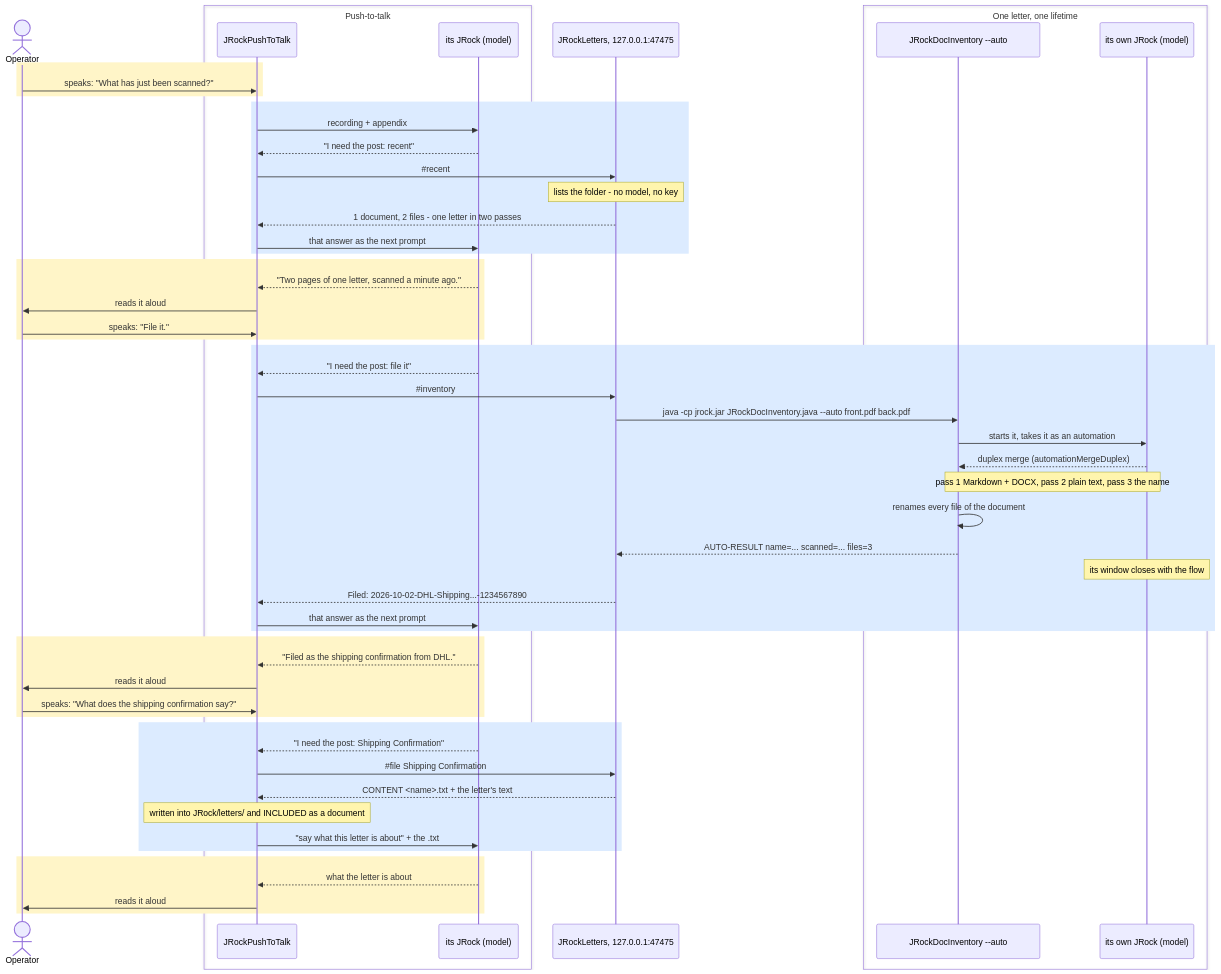
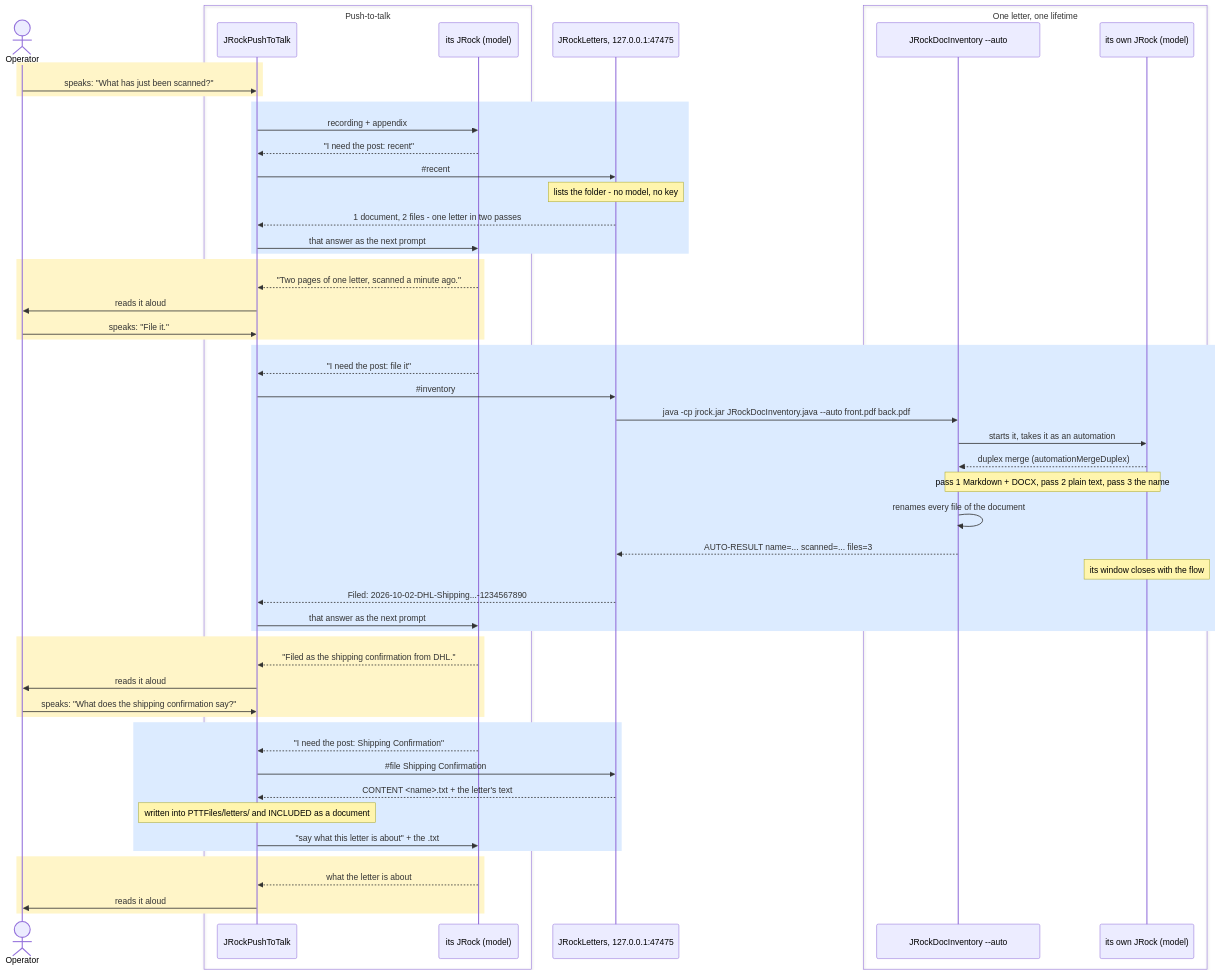
The second of 5 diagrams in README.md (ivan-khvostishkov/jrock), drawn with Mermaid before and after one commit. The commit also changed other lines of this file and 1 other file, not shown here.

First line of the commit message:
Push-to-talk writes into PTTFiles, so one folder can be synchronised

````diff
--- a/README.md
+++ b/README.md
@@ -2509,59 +2516,59 @@
 ```mermaid
 sequenceDiagram
     actor Op as Operator
     box Push-to-talk
         participant PTT as JRockPushToTalk
         participant PM as its JRock (model)
     end
     participant Let as JRockLetters, 127.0.0.1:47475
     box One letter, one lifetime
         participant Flow as JRockDocInventory #45;#45;auto
         participant FM as its own JRock (model)
     end
 
     rect rgb(255, 245, 200)
         Op->>PTT: speaks: "What has just been scanned?"
     end
     rect rgb(220, 235, 255)
         PTT->>PM: recording + appendix
         PM-->>PTT: "I need the post: recent"
         PTT->>Let: #35;recent
         Note over Let: lists the folder - no model, no key
         Let-->>PTT: 1 document, 2 files - one letter in two passes
         PTT->>PM: that answer as the next prompt
     end
     rect rgb(255, 245, 200)
         PM-->>PTT: "Two pages of one letter, scanned a minute ago."
         PTT->>Op: reads it aloud
         Op->>PTT: speaks: "File it."
     end
     rect rgb(220, 235, 255)
         PM-->>PTT: "I need the post: file it"
         PTT->>Let: #35;inventory
         Let->>Flow: java -cp jrock.jar JRockDocInventory.java #45;#45;auto front.pdf back.pdf
         Flow->>FM: starts it, takes it as an automation
         FM-->>Flow: duplex merge (automationMergeDuplex)
         Note over Flow,FM: pass 1 Markdown + DOCX, pass 2 plain text, pass 3 the name
         Flow->>Flow: renames every file of the document
         Flow-->>Let: AUTO-RESULT name=... scanned=... files=3
         Note over FM: its window closes with the flow
         Let-->>PTT: Filed: 2026-10-02-DHL-Shipping...-1234567890
         PTT->>PM: that answer as the next prompt
     end
     rect rgb(255, 245, 200)
         PM-->>PTT: "Filed as the shipping confirmation from DHL."
         PTT->>Op: reads it aloud
         Op->>PTT: speaks: "What does the shipping confirmation say?"
     end
     rect rgb(220, 235, 255)
         PM-->>PTT: "I need the post: Shipping Confirmation"
         PTT->>Let: #35;file Shipping Confirmation
         Let-->>PTT: CONTENT <name>.txt + the letter's text
-        Note over PTT: written into JRock/letters/ and INCLUDED as a document
+        Note over PTT: written into PTTFiles/letters/ and INCLUDED as a document
         PTT->>PM: "say what this letter is about" + the .txt
     end
     rect rgb(255, 245, 200)
         PM-->>PTT: what the letter is about
         PTT->>Op: reads it aloud
     end
 ```
````
